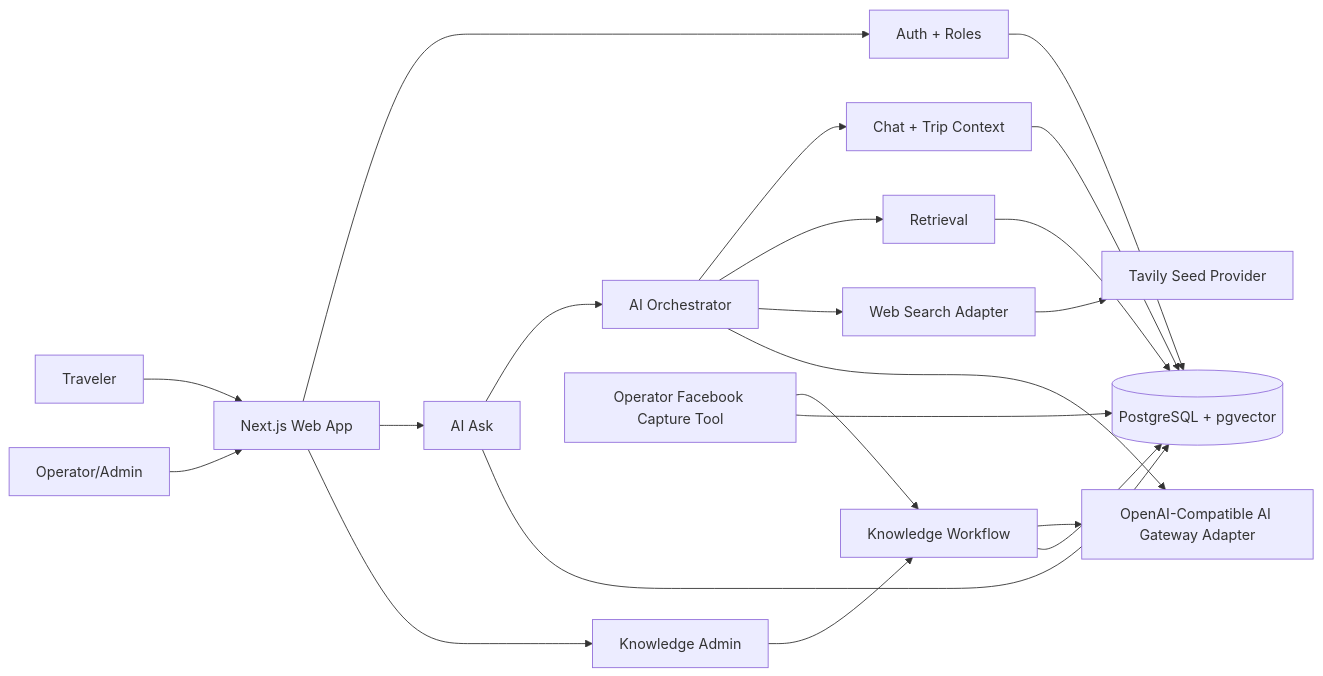
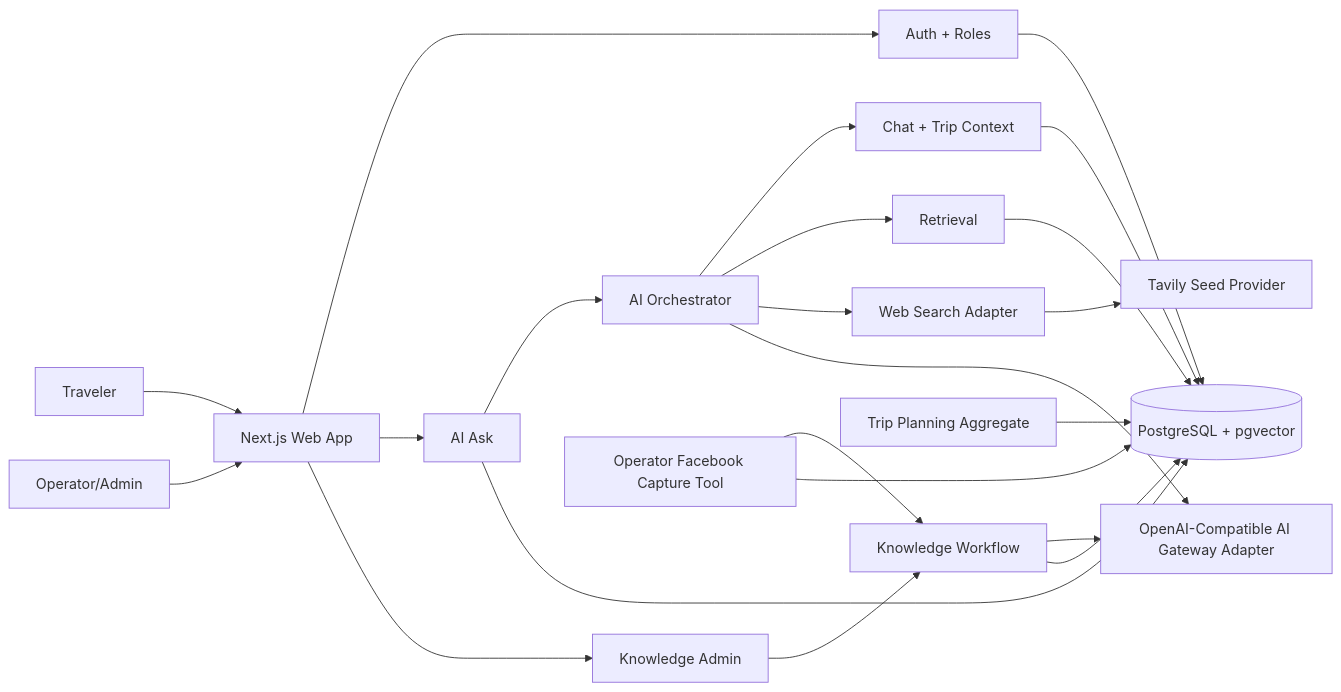
The first of 3 diagrams in _bmad-output/planning-artifacts/architecture/architecture-xuyenviet-2026-07-04/ARCHITECTURE-SPINE.md (tonytippi/xuyenviet), drawn with Mermaid before and after one commit. The commit also changed other lines of this file and 9 other files, not shown here.

Commit message:
docs: define trip planning foundation

````diff
--- a/_bmad-output/planning-artifacts/architecture/architecture-xuyenviet-2026-07-04/ARCHITECTURE-SPINE.md
+++ b/_bmad-output/planning-artifacts/architecture/architecture-xuyenviet-2026-07-04/ARCHITECTURE-SPINE.md
@@ -21,23 +21,24 @@
 ```mermaid
 flowchart LR
   Traveler[Traveler] --> Web[Next.js Web App]
   Operator[Operator/Admin] --> Web
   Web --> Auth[Auth + Roles]
   Web --> Chat[AI Ask]
   Web --> Admin[Knowledge Admin]
   Chat --> Orchestrator[AI Orchestrator]
   Admin --> Knowledge[Knowledge Workflow]
   Orchestrator --> ChatContext[Chat + Trip Context]
   Orchestrator --> Retrieval[Retrieval]
   Orchestrator --> Search[Web Search Adapter]
   Orchestrator --> AIGateway[OpenAI-Compatible AI Gateway Adapter]
   Knowledge --> AIGateway
   ChatContext --> DB[(PostgreSQL + pgvector)]
+  TripPlan[Trip Planning Aggregate] --> DB
   Retrieval --> DB
   Knowledge --> DB
   Capture[Operator Facebook Capture Tool] --> Knowledge
   Capture --> DB
   Auth --> DB
   Chat --> DB
   Search --> Tavily[Tavily Seed Provider]
 ```
````
